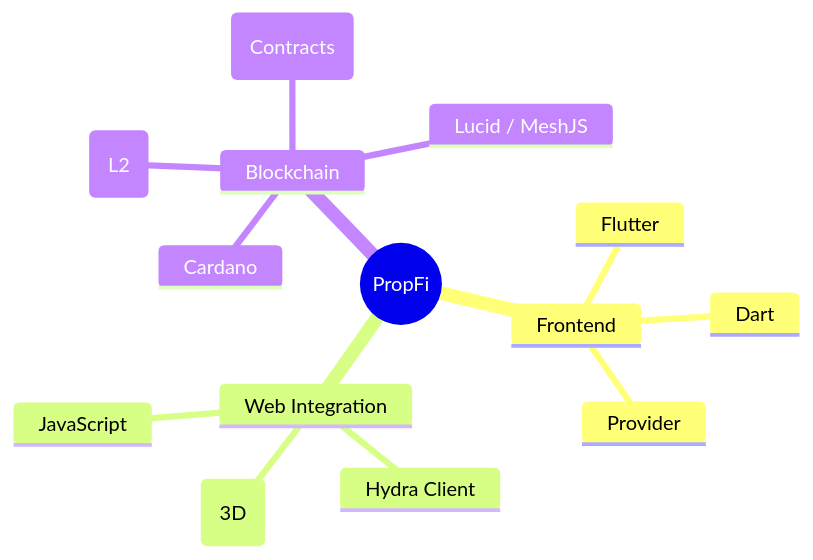
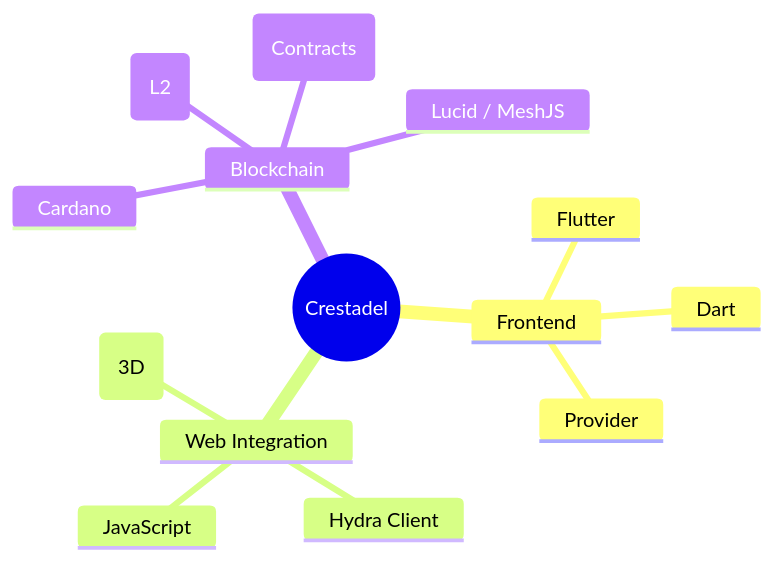
The third of 4 diagrams in README.md (soulcloude00/crestadel), drawn with Mermaid before and after one commit. The commit also changed other lines of this file, not shown here.

First line of the commit message:
Rename PropFi to Crestadel in README

````diff
--- a/README.md
+++ b/README.md
@@ -55,17 +55,17 @@
 ```mermaid
 mindmap
-  root((PropFi))
+  root((Crestadel))
     Frontend
       Flutter
       Dart
       Provider
     Web Integration
       JavaScript
       Hydra Client
       WebGL (3D)
     Blockchain
       Cardano
       Hydra (L2)
       Aiken (Contracts)
       Lucid / MeshJS
 ```
````
